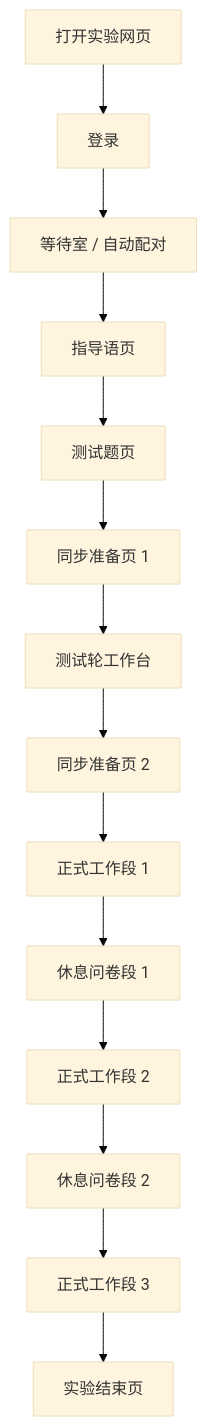
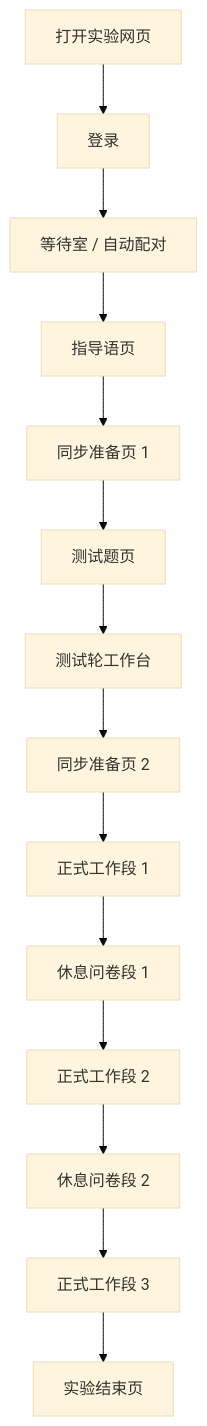
The first of 4 diagrams in 02_specs/00_overview/APP_FLOW.md (yezhouyedu/multicooperation), drawn with Mermaid (base theme) before and after one commit. The commit also changed other lines of this file and 22 other files, not shown here.

````diff
--- a/02_specs/00_overview/APP_FLOW.md
+++ b/02_specs/00_overview/APP_FLOW.md
@@ -14,16 +14,16 @@
 ```mermaid
 flowchart TD
     Start["打开实验网页"] --> Login["登录"]
     Login --> Waiting["等待室 / 自动配对"]
     Waiting --> Instruction["指导语页"]
-    Instruction --> PracticeQuiz["测试题页"]
-    PracticeQuiz --> ReadyPractice["同步准备页 1"]
-    ReadyPractice --> Practice["测试轮工作台"]
+    Instruction --> ReadyPractice["同步准备页 1"]
+    ReadyPractice --> PracticeQuiz["测试题页"]
+    PracticeQuiz --> Practice["测试轮工作台"]
     Practice --> ReadyFormal["同步准备页 2"]
     ReadyFormal --> Work1["正式工作段 1"]
     Work1 --> Break1["休息问卷段 1"]
     Break1 --> Work2["正式工作段 2"]
     Work2 --> Break2["休息问卷段 2"]
     Break2 --> Work3["正式工作段 3"]
     Work3 --> End["实验结束页"]
 ```
````
